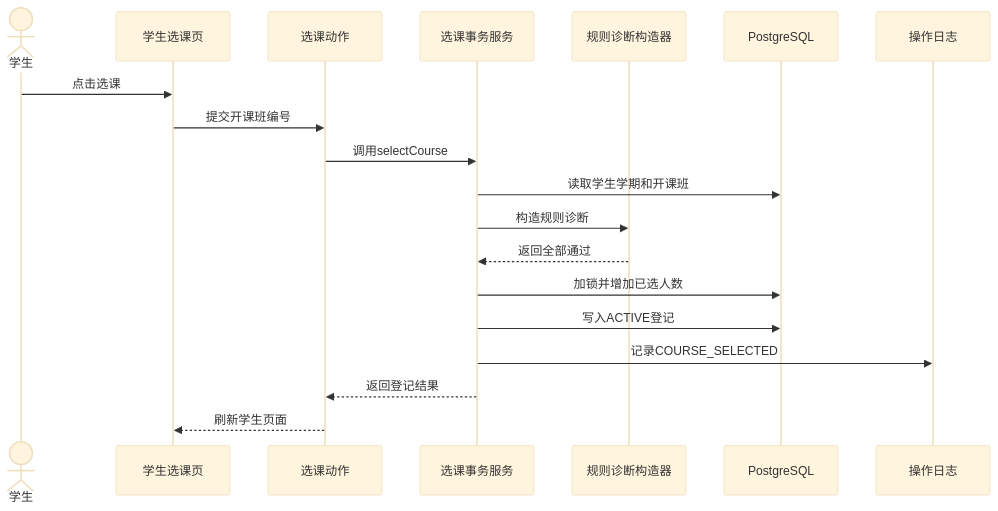
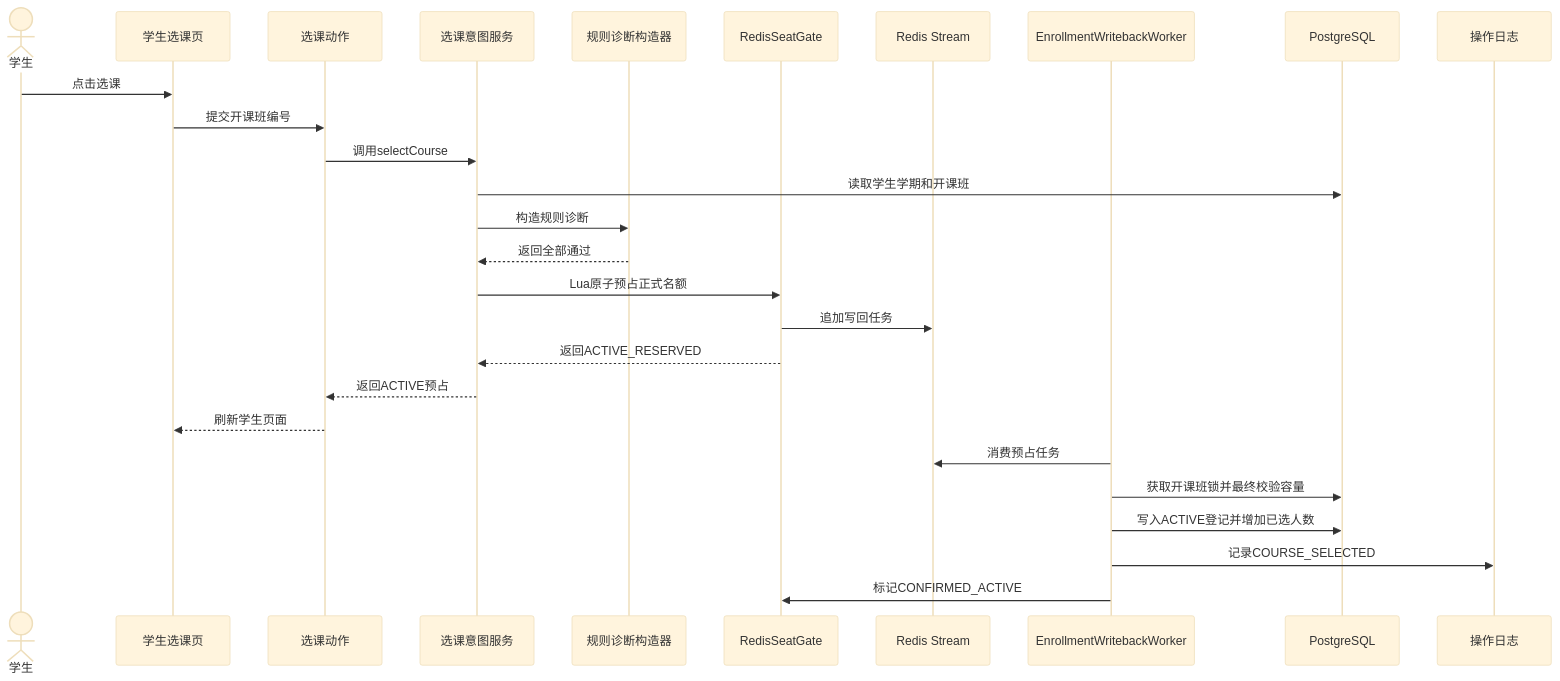
The first of 4 diagrams in course-reports/sequence-diagrams.md (schenfune/homework2606), drawn with Mermaid (base theme) before and after one commit. The commit also changed other lines of this file and 20 other files, not shown here.

````diff
--- a/course-reports/sequence-diagrams.md
+++ b/course-reports/sequence-diagrams.md
@@ -9,22 +9,30 @@
 ```mermaid
 sequenceDiagram
     actor Student as 学生
     participant Page as 学生选课页
     participant Action as 选课动作
-    participant Service as 选课事务服务
+    participant Service as 选课意图服务
     participant Rule as 规则诊断构造器
+    participant Gate as RedisSeatGate
+    participant Stream as Redis Stream
+    participant Worker as EnrollmentWritebackWorker
     participant DB as PostgreSQL
     participant Log as 操作日志
 
     Student->>Page: 点击选课
     Page->>Action: 提交开课班编号
     Action->>Service: 调用selectCourse
     Service->>DB: 读取学生学期和开课班
     Service->>Rule: 构造规则诊断
     Rule-->>Service: 返回全部通过
-    Service->>DB: 加锁并增加已选人数
-    Service->>DB: 写入ACTIVE登记
-    Service->>Log: 记录COURSE_SELECTED
-    Service-->>Action: 返回登记结果
+    Service->>Gate: Lua原子预占正式名额
+    Gate->>Stream: 追加写回任务
+    Gate-->>Service: 返回ACTIVE_RESERVED
+    Service-->>Action: 返回ACTIVE预占
     Action-->>Page: 刷新学生页面
+    Worker->>Stream: 消费预占任务
+    Worker->>DB: 获取开课班锁并最终校验容量
+    Worker->>DB: 写入ACTIVE登记并增加已选人数
+    Worker->>Log: 记录COURSE_SELECTED
+    Worker->>Gate: 标记CONFIRMED_ACTIVE
 ```
````
